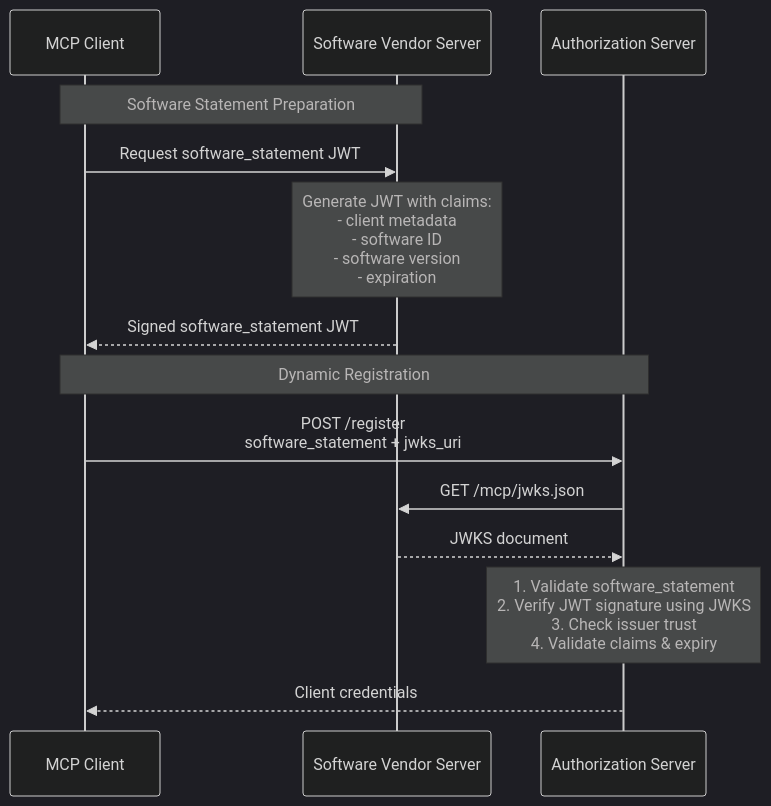
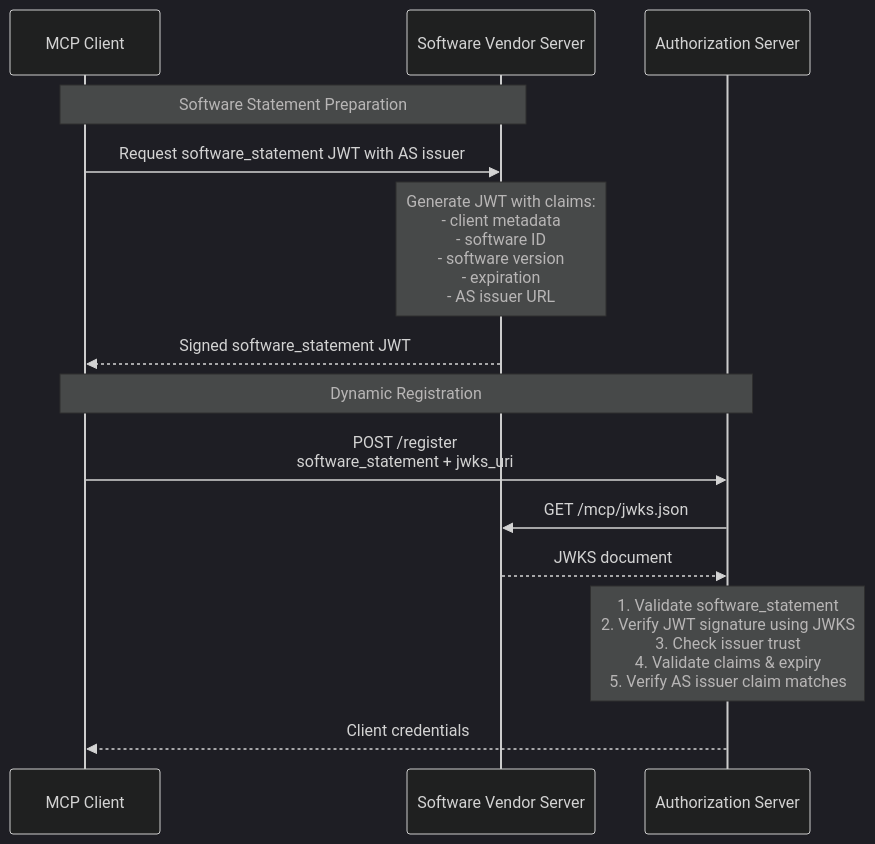
Before and after one commit to modelcontextprotocol/specification: the third of 3 diagrams in docs/specification/draft/basic/authorization.mdx, drawn with Mermaid (dark theme). The commit also changed other lines of this file, not shown here.

Commit message:
Mention requiring aud and iss claims

````diff
--- a/docs/specification/draft/basic/authorization.mdx
+++ b/docs/specification/draft/basic/authorization.mdx
@@ -391,18 +395,18 @@
 ```mermaid
 sequenceDiagram
     participant C as MCP Client
     participant CB as Software Vendor Server
     participant A as Authorization Server
 
     Note over C,CB: Software Statement Preparation
-    C->>CB: Request software_statement JWT
-    Note over CB: Generate JWT with claims:<br/>- client metadata<br/>- software ID<br/>- software version<br/>- expiration
+    C->>CB: Request software_statement JWT with AS issuer
+    Note over CB: Generate JWT with claims:<br/>- client metadata<br/>- software ID<br/>- software version<br/>- expiration<br/>- AS issuer URL
     CB-->>C: Signed software_statement JWT
 
     Note over C,A: Dynamic Registration
     C->>A: POST /register<br/>software_statement + jwks_uri
     A->>CB: GET /mcp/jwks.json
     CB-->>A: JWKS document
-    Note over A: 1. Validate software_statement<br/>2. Verify JWT signature using JWKS<br/>3. Check issuer trust<br/>4. Validate claims & expiry
+    Note over A: 1. Validate software_statement<br/>2. Verify JWT signature using JWKS<br/>3. Check issuer trust<br/>4. Validate claims & expiry<br/>5. Verify AS issuer claim matches
     A-->>C: Client credentials
 ```
````
